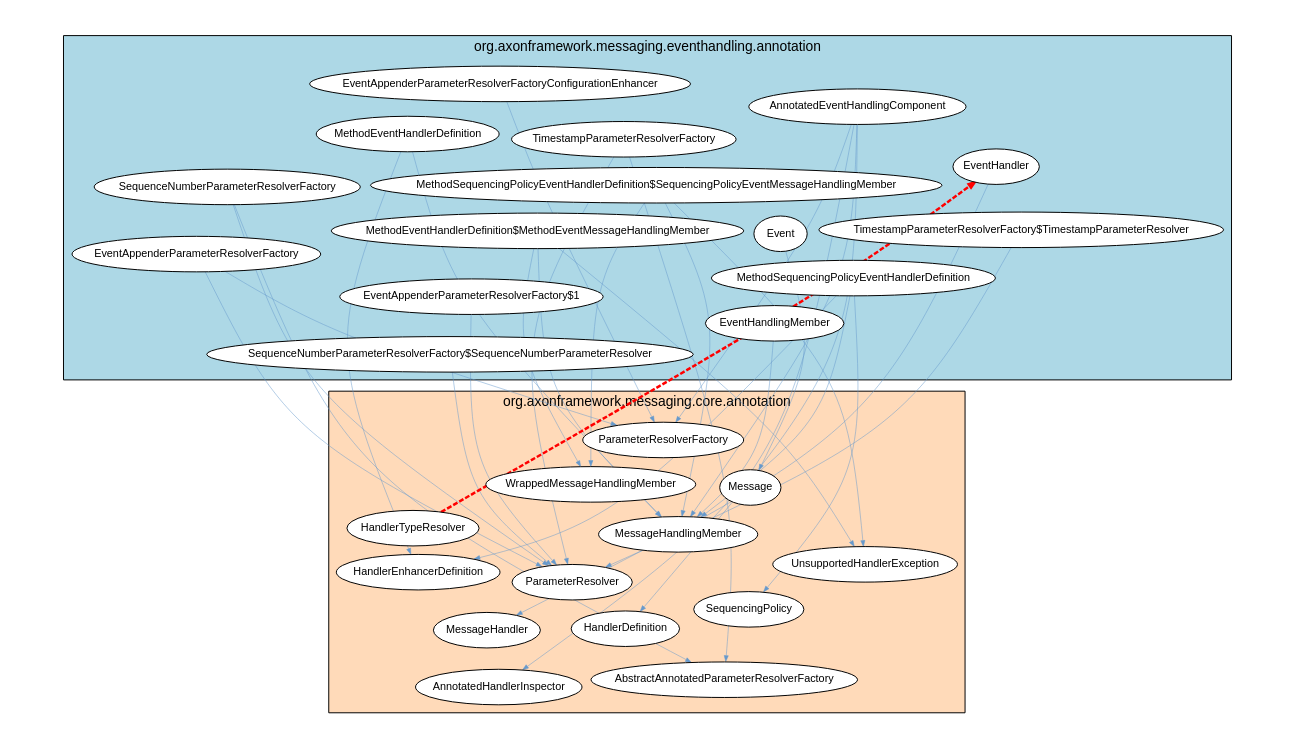
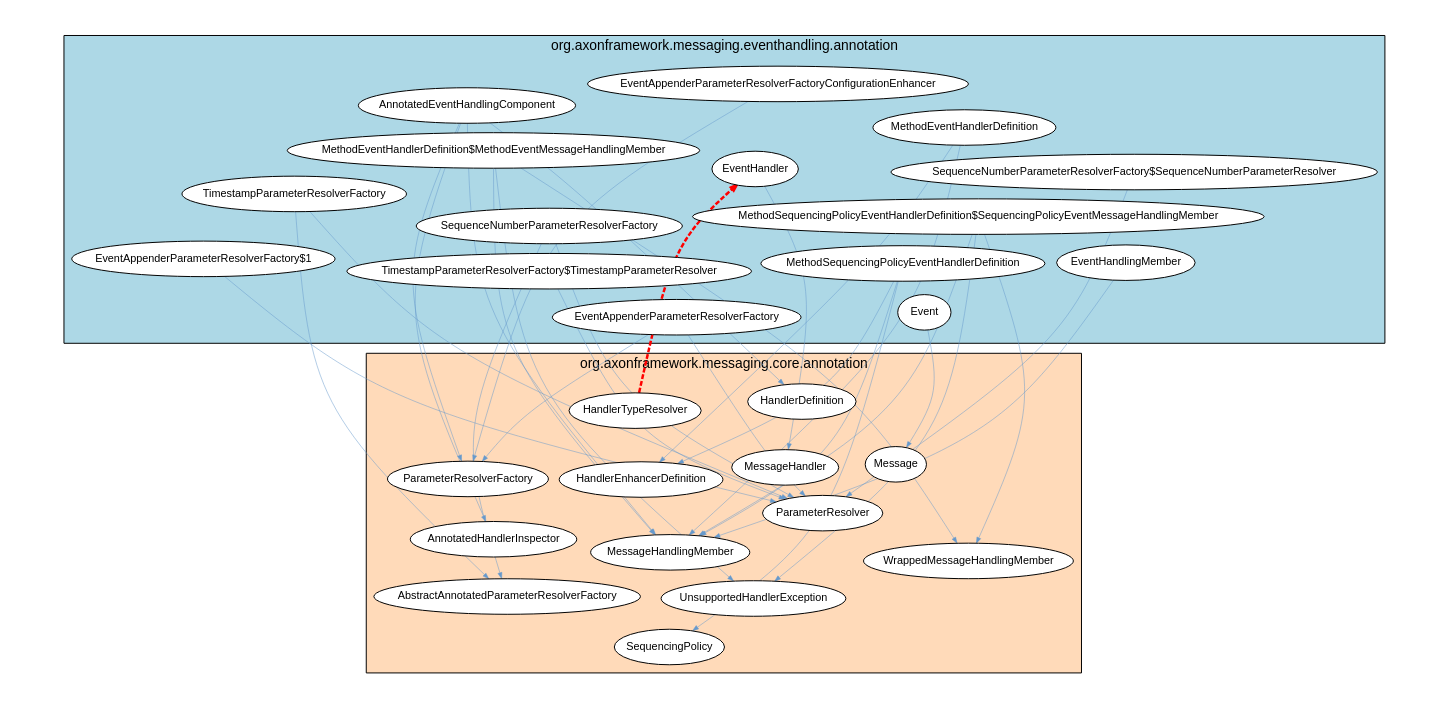
The diagram in analysis-results/AxonFramework/latest/cyclic-dependencies/Java_Package/Graph_Visualizations/graphviz/JavaPackageCyclicDependencies3.gv (JohT/code-graph-analysis-examples), drawn with Graphviz before and after one commit. The commit also changed other lines of this file and 819 other files, not shown here.

```diff
--- a/analysis-results/AxonFramework/latest/cyclic-dependencies/Java_Package/Graph_Visualizations/graphviz/JavaPackageCyclicDependencies3.gv
+++ b/analysis-results/AxonFramework/latest/cyclic-dependencies/Java_Package/Graph_Visualizations/graphviz/JavaPackageCyclicDependencies3.gv
@@ -1,77 +1,77 @@
 strict digraph cycle {
     graph [layout = "fdp"; start = "7"; splines = "curved"; pad = "0.8,0.4"; outputorder = "edgesfirst";];
     graph [fontname = "Helvetica,Arial,sans-serif"; labelloc = "t";];
     node [fontname = "Helvetica,Arial,sans-serif"; style = "filled"; fillcolor = "white";];
     node [fontsize = 11; margin = "0.05,0.05";];
     edge [fontsize = 9; arrowsize = "0.6";];
 
     subgraph cluster_package {
         label="org.axonframework.messaging.eventhandling.annotation";
         style="filled";
         fillcolor="lightblue";
-        "Event";
         "MethodEventHandlerDefinition";
         "TimestampParameterResolverFactory";
+        "Event";
         "MethodSequencingPolicyEventHandlerDefinition$SequencingPolicyEventMessageHandlingMember";
         "SequenceNumberParameterResolverFactory";
         "EventAppenderParameterResolverFactoryConfigurationEnhancer";
         "SequenceNumberParameterResolverFactory$SequenceNumberParameterResolver";
         "TimestampParameterResolverFactory$TimestampParameterResolver";
         "EventHandler";
         "EventAppenderParameterResolverFactory$1";
         "MethodSequencingPolicyEventHandlerDefinition";
         "EventAppenderParameterResolverFactory";
         "EventHandlingMember";
         "MethodEventHandlerDefinition$MethodEventMessageHandlingMember";
         "AnnotatedEventHandlingComponent";
     }
 
     subgraph cluster_dependent {
         label="org.axonframework.messaging.core.annotation";
         style="filled";
         fillcolor="peachpuff";
         "WrappedMessageHandlingMember";
         "HandlerTypeResolver";
         "MessageHandler";
         "AbstractAnnotatedParameterResolverFactory";
         "ParameterResolver";
         "MessageHandlingMember";
         "ParameterResolverFactory";
         "Message";
         "AnnotatedHandlerInspector";
         "UnsupportedHandlerException";
         "HandlerDefinition";
         "HandlerEnhancerDefinition";
         "SequencingPolicy";
     }
 
+    "EventAppenderParameterResolverFactory" -> "ParameterResolver" [color="#6699CC"; penwidth="0.5"];
+    "AnnotatedEventHandlingComponent" -> "MessageHandlingMember" [color="#6699CC"; penwidth="0.5"];
     "MethodSequencingPolicyEventHandlerDefinition" -> "HandlerEnhancerDefinition" [color="#6699CC"; penwidth="0.5"];
     "MethodSequencingPolicyEventHandlerDefinition" -> "MessageHandlingMember" [color="#6699CC"; penwidth="0.5"];
-    "EventAppenderParameterResolverFactory" -> "ParameterResolver" [color="#6699CC"; penwidth="0.5"];
-    "AnnotatedEventHandlingComponent" -> "MessageHandlingMember" [color="#6699CC"; penwidth="0.5"];
     "MethodEventHandlerDefinition" -> "HandlerEnhancerDefinition" [color="#6699CC"; penwidth="0.5"];
     "AnnotatedEventHandlingComponent" -> "ParameterResolverFactory" [color="#6699CC"; penwidth="0.5"];
+    "AnnotatedEventHandlingComponent" -> "HandlerDefinition" [color="#6699CC"; penwidth="0.5"];
+    "SequenceNumberParameterResolverFactory$SequenceNumberParameterResolver" -> "ParameterResolver" [color="#6699CC"; penwidth="0.5"];
     "EventHandlingMember" -> "MessageHandlingMember" [color="#6699CC"; penwidth="0.5"];
-    "SequenceNumberParameterResolverFactory$SequenceNumberParameterResolver" -> "ParameterResolver" [color="#6699CC"; penwidth="0.5"];
-    "AnnotatedEventHandlingComponent" -> "HandlerDefinition" [color="#6699CC"; penwidth="0.5"];
     "TimestampParameterResolverFactory$TimestampParameterResolver" -> "ParameterResolver" [color="#6699CC"; penwidth="0.5"];
+    "MethodSequencingPolicyEventHandlerDefinition$SequencingPolicyEventMessageHandlingMember" -> "WrappedMessageHandlingMember" [color="#6699CC"; penwidth="0.5"];
     "MethodSequencingPolicyEventHandlerDefinition$SequencingPolicyEventMessageHandlingMember" -> "UnsupportedHandlerException" [color="#6699CC"; penwidth="0.5"];
-    "MethodSequencingPolicyEventHandlerDefinition$SequencingPolicyEventMessageHandlingMember" -> "WrappedMessageHandlingMember" [color="#6699CC"; penwidth="0.5"];
     "Event" -> "Message" [color="#6699CC"; penwidth="0.5"];
+    "SequenceNumberParameterResolverFactory" -> "ParameterResolver" [color="#6699CC"; penwidth="0.5"];
     "EventHandler" -> "MessageHandler" [color="#6699CC"; penwidth="0.5"];
-    "SequenceNumberParameterResolverFactory" -> "ParameterResolver" [color="#6699CC"; penwidth="0.5"];
     "AnnotatedEventHandlingComponent" -> "AnnotatedHandlerInspector" [color="#6699CC"; penwidth="0.5"];
+    "EventAppenderParameterResolverFactory" -> "ParameterResolverFactory" [color="#6699CC"; penwidth="0.5"];
     "MethodSequencingPolicyEventHandlerDefinition" -> "SequencingPolicy" [color="#6699CC"; penwidth="0.5"];
-    "EventAppenderParameterResolverFactory" -> "ParameterResolverFactory" [color="#6699CC"; penwidth="0.5"];
     "MethodEventHandlerDefinition$MethodEventMessageHandlingMember" -> "WrappedMessageHandlingMember" [color="#6699CC"; penwidth="0.5"];
+    "EventAppenderParameterResolverFactoryConfigurationEnhancer" -> "ParameterResolverFactory" [color="#6699CC"; penwidth="0.5"];
     "SequenceNumberParameterResolverFactory" -> "AbstractAnnotatedParameterResolverFactory" [color="#6699CC"; penwidth="0.5"];
-    "EventAppenderParameterResolverFactoryConfigurationEnhancer" -> "ParameterResolverFactory" [color="#6699CC"; penwidth="0.5"];
+    "MethodEventHandlerDefinition$MethodEventMessageHandlingMember" -> "UnsupportedHandlerException" [color="#6699CC"; penwidth="0.5"];
     "MethodSequencingPolicyEventHandlerDefinition$SequencingPolicyEventMessageHandlingMember" -> "MessageHandlingMember" [color="#6699CC"; penwidth="0.5"];
+    "TimestampParameterResolverFactory" -> "ParameterResolver" [color="#6699CC"; penwidth="0.5"];
     "EventAppenderParameterResolverFactory$1" -> "ParameterResolver" [color="#6699CC"; penwidth="0.5"];
-    "MethodEventHandlerDefinition$MethodEventMessageHandlingMember" -> "UnsupportedHandlerException" [color="#6699CC"; penwidth="0.5"];
-    "TimestampParameterResolverFactory" -> "ParameterResolver" [color="#6699CC"; penwidth="0.5"];
     "MethodEventHandlerDefinition" -> "MessageHandlingMember" [color="#6699CC"; penwidth="0.5"];
     "MethodEventHandlerDefinition$MethodEventMessageHandlingMember" -> "MessageHandlingMember" [color="#6699CC"; penwidth="0.5"];
     "TimestampParameterResolverFactory" -> "AbstractAnnotatedParameterResolverFactory" [color="#6699CC"; penwidth="0.5"];
     "HandlerTypeResolver" -> "EventHandler" [color="red"; penwidth="2.5"; style="dashed";];
 }
```
